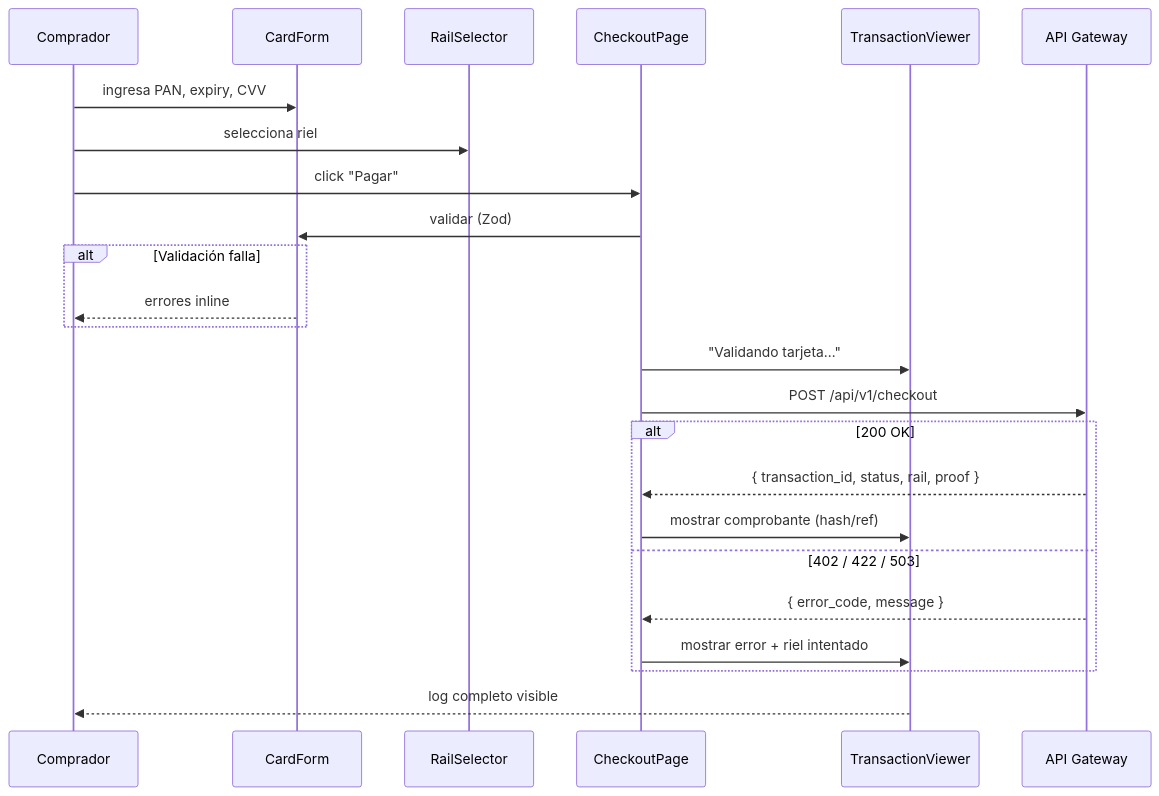
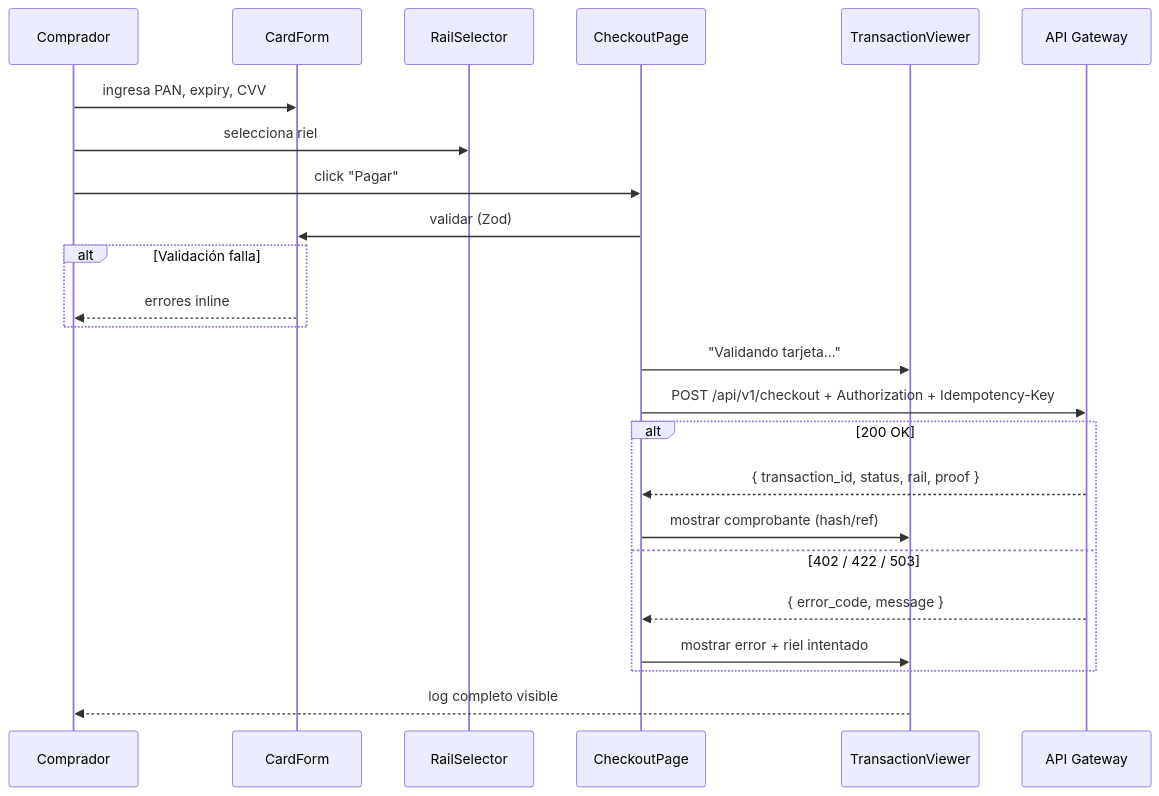
One commit to rastrahm/pasarela changed diagram 17 of 17 in Doc/Casos-de-Uso-ER-Flujos.md. Above: the diagram before and after it, drawn with Mermaid. The commit also changed other lines of this file and 4 other files, not shown here.

````diff
--- a/Doc/Casos-de-Uso-ER-Flujos.md
+++ b/Doc/Casos-de-Uso-ER-Flujos.md
@@ -925,31 +1002,31 @@
 ```mermaid
 sequenceDiagram
     participant U as Comprador
     participant CF as CardForm
     participant RS as RailSelector
     participant CP as CheckoutPage
     participant TV as TransactionViewer
     participant GW as API Gateway
 
     U->>CF: ingresa PAN, expiry, CVV
     U->>RS: selecciona riel
     U->>CP: click "Pagar"
     CP->>CF: validar (Zod)
 
     alt Validación falla
         CF-->>U: errores inline
     end
 
     CP->>TV: "Validando tarjeta…"
-    CP->>GW: POST /api/v1/checkout
+    CP->>GW: POST /api/v1/checkout + Authorization + Idempotency-Key
 
     alt 200 OK
         GW-->>CP: { transaction_id, status, rail, proof }
         CP->>TV: mostrar comprobante (hash/ref)
     else 402 / 422 / 503
         GW-->>CP: { error_code, message }
         CP->>TV: mostrar error + riel intentado
     end
 
     TV-->>U: log completo visible
 ```
````
